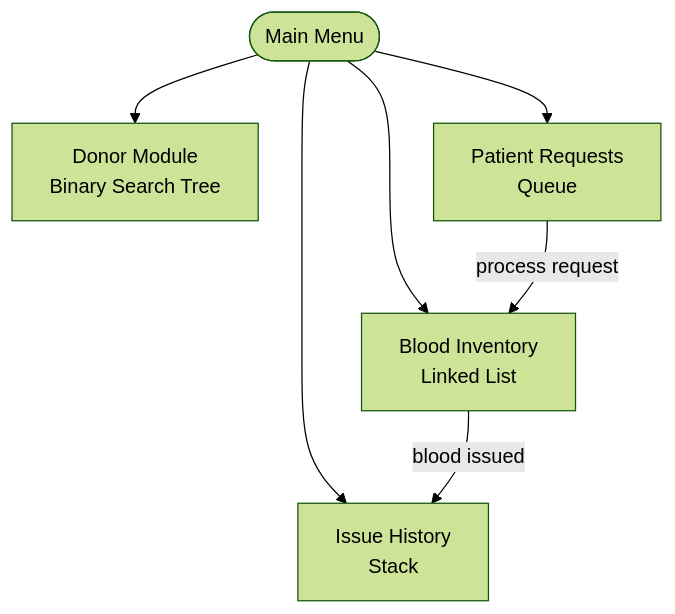
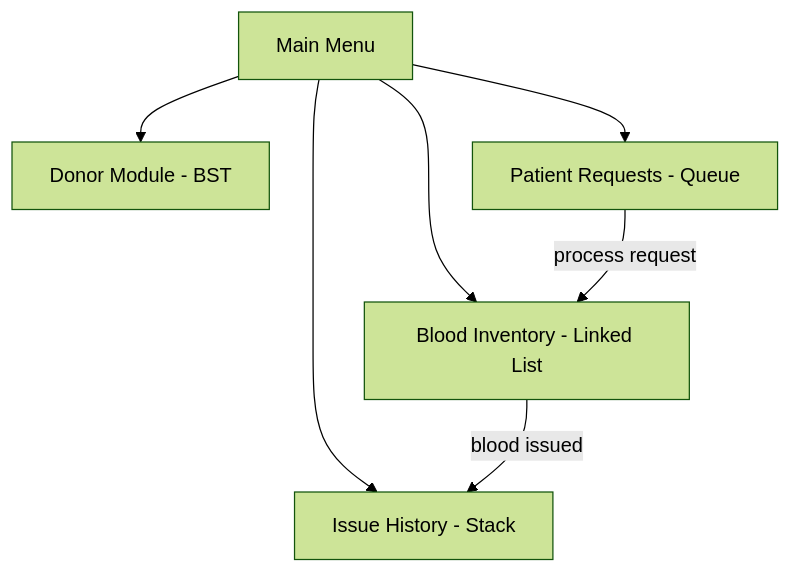
One commit to ibreeqzafar/Red-Vault-Blood-Bank-System changed the diagram in README.md. Above: the diagram before and after it, drawn with Mermaid (forest theme).

````diff
--- a/README.md
+++ b/README.md
@@ -94,9 +94,9 @@
 ```mermaid
 flowchart TD
-    A([Main Menu]) --> B[Donor Module<br/>Binary Search Tree]
-    A --> C[Blood Inventory<br/>Linked List]
-    A --> D[Patient Requests<br/>Queue]
-    A --> E[Issue History<br/>Stack]
-    D -- "process request" --> C
-    C -- "blood issued" --> E
+    A["Main Menu"] --> B["Donor Module - BST"]
+    A --> C["Blood Inventory - Linked List"]
+    A --> D["Patient Requests - Queue"]
+    A --> E["Issue History - Stack"]
+    D -->|process request| C
+    C -->|blood issued| E
 ```
````
